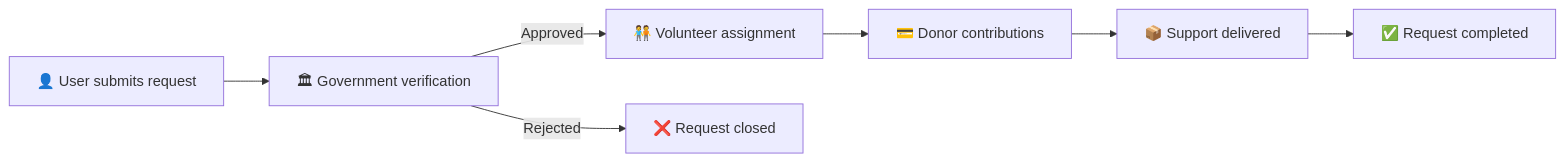
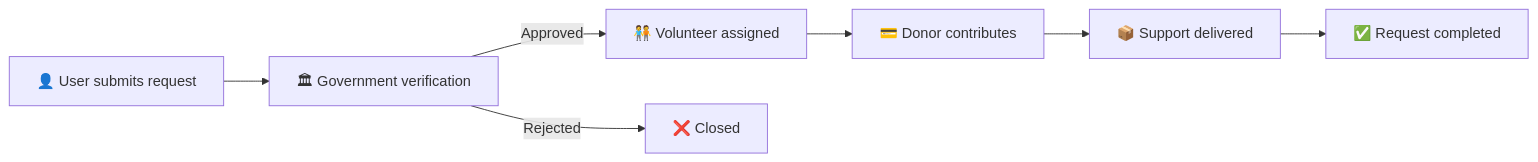
Before and after one commit to ArunChandrasekar07/Homeless_HelpHub: the diagram in README.md, drawn with Mermaid. The commit also changed other lines of this file, not shown here.

````diff
--- a/README.md
+++ b/README.md
@@ -114,9 +90,12 @@
 ```mermaid
 flowchart LR
-    A[👤 User submits request] --> B[🏛 Government verification]
-    B -->|Approved| C[🧑‍🤝‍🧑 Volunteer assignment]
-    B -->|Rejected| X[❌ Request closed]
-    C --> D[💳 Donor contributions]
+    A[👤 User submits request]
+    --> B[🏛 Government verification]
+
+    B -->|Approved| C[🧑‍🤝‍🧑 Volunteer assigned]
+    B -->|Rejected| X[❌ Closed]
+
+    C --> D[💳 Donor contributes]
     D --> E[📦 Support delivered]
     E --> F[✅ Request completed]
 ```
````
